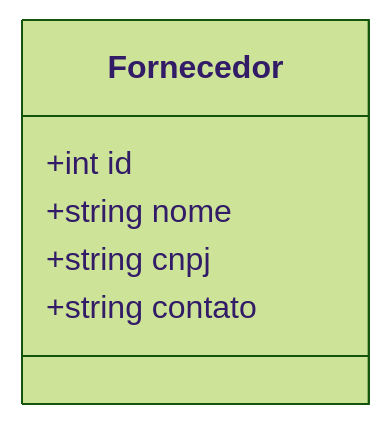
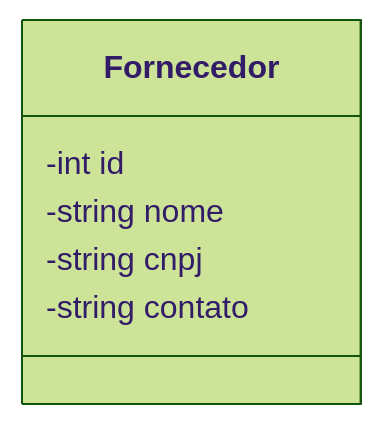
Before and after one commit to gabrielriosdias/poojavaceub-grupo2: the diagram in fornecedor.md, drawn with Mermaid (forest theme).

````diff
--- a/fornecedor.md
+++ b/fornecedor.md
@@ -1,9 +1,9 @@
 ```mermaid 
 classDiagram
     class Fornecedor {
-        +int id
-        +string nome
-        +string cnpj
-        +string contato
+        -int id
+        -string nome
+        -string cnpj
+        -string contato
     }
 ``` 
````
